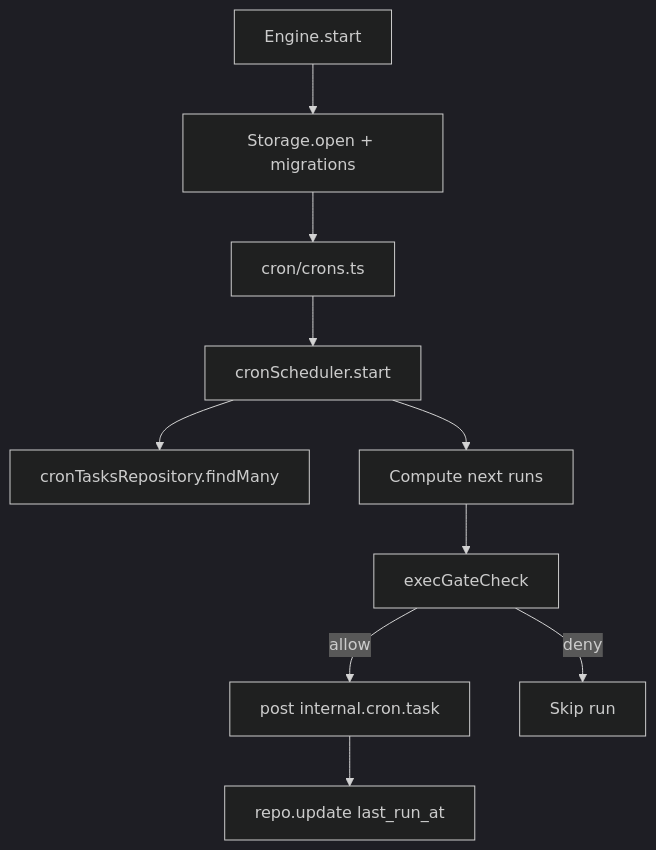
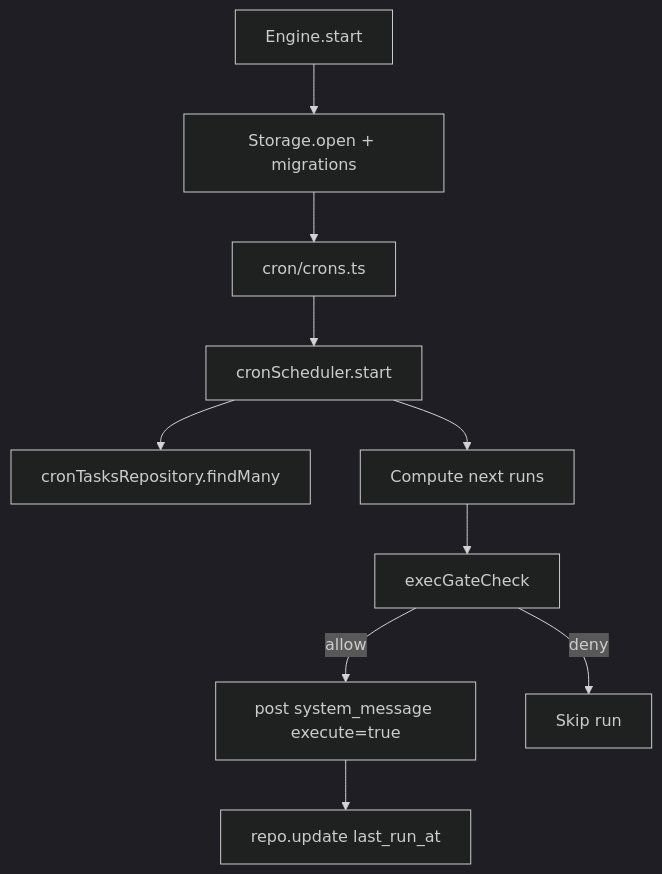
Before and after one commit to ex3ndr-bot/daycare: the diagram in packages/daycare/sources/engine/cron/README.md, drawn with Mermaid (dark theme). The commit also changed 17 other files, not shown here.

````diff
--- a/packages/daycare/sources/engine/cron/README.md
+++ b/packages/daycare/sources/engine/cron/README.md
@@ -34,12 +34,12 @@
 ```mermaid
 flowchart TD
   Engine[Engine.start] --> Storage[Storage.open + migrations]
   Storage --> Crons[cron/crons.ts]
   Crons --> Scheduler[cronScheduler.start]
   Scheduler --> Repo[cronTasksRepository.findMany]
   Scheduler --> Tick[Compute next runs]
   Tick --> Gate[execGateCheck]
-  Gate -->|allow| AgentSystem[post internal.cron.task]
+  Gate -->|allow| AgentSystem[post system_message execute=true]
   Gate -->|deny| Skip[Skip run]
   AgentSystem --> Record[repo.update last_run_at]
 ```
````
